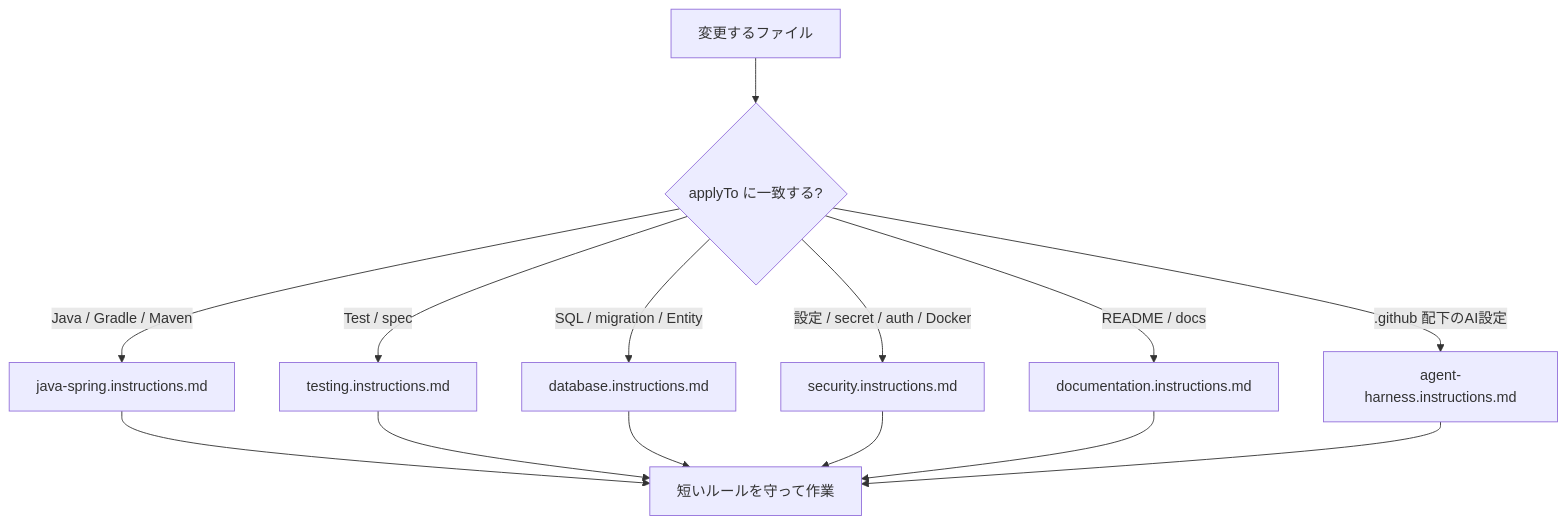
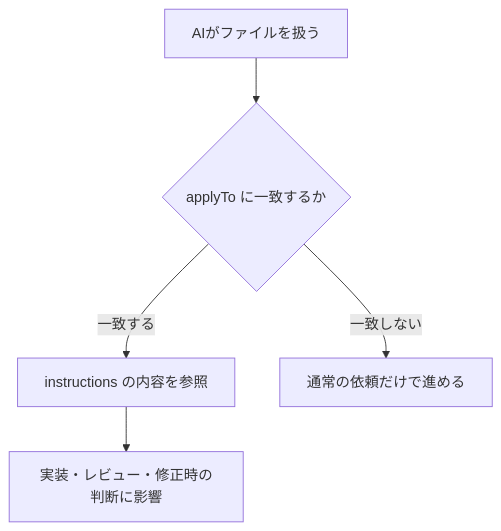
The first of 3 diagrams in eçverything-claude-code/.github/instructions/README.md (k-iizuka000/copilot-sample), drawn with Mermaid before and after one commit. The commit also changed other lines of this file and 3 other files, not shown here.

````diff
--- a/eçverything-claude-code/.github/instructions/README.md
+++ b/eçverything-claude-code/.github/instructions/README.md
@@ -9,16 +11,7 @@
 ```mermaid
 flowchart TD
-    A[変更するファイル] --> B{applyTo に一致する?}
-    B -->|Java / Gradle / Maven| C[java-spring.instructions.md]
-    B -->|Test / spec| D[testing.instructions.md]
-    B -->|SQL / migration / Entity| E[database.instructions.md]
-    B -->|設定 / secret / auth / Docker| F[security.instructions.md]
-    B -->|README / docs| G[documentation.instructions.md]
-    B -->|.github 配下のAI設定| H[agent-harness.instructions.md]
-    C --> I[短いルールを守って作業]
-    D --> I
-    E --> I
-    F --> I
-    G --> I
-    H --> I
+    A[AIがファイルを扱う] --> B{applyTo に一致するか}
+    B -->|一致する| C[instructions の内容を参照]
+    B -->|一致しない| D[通常の依頼だけで進める]
+    C --> E[実装・レビュー・修正時の判断に影響]
 ```
````
